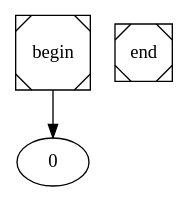
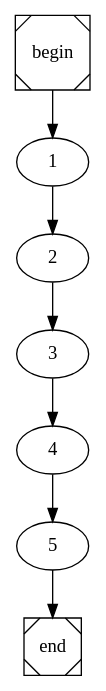
One commit to TiagooGomess/COMP2021-1B changed the diagram in main.dot. Above: the diagram before and after it, drawn with Graphviz. The commit also changed 6 other files, not shown here.

```diff
--- a/main.dot
+++ b/main.dot
@@ -1,4 +1,4 @@
 digraph cfg {
 	begin [shape=Msquare];
 	end [shape=Msquare];
-	begin -> 0;}
+	begin -> 1;	1 -> 2;	2 -> 3;	3 -> 4;	4 -> 5;	5 -> end;}
```
